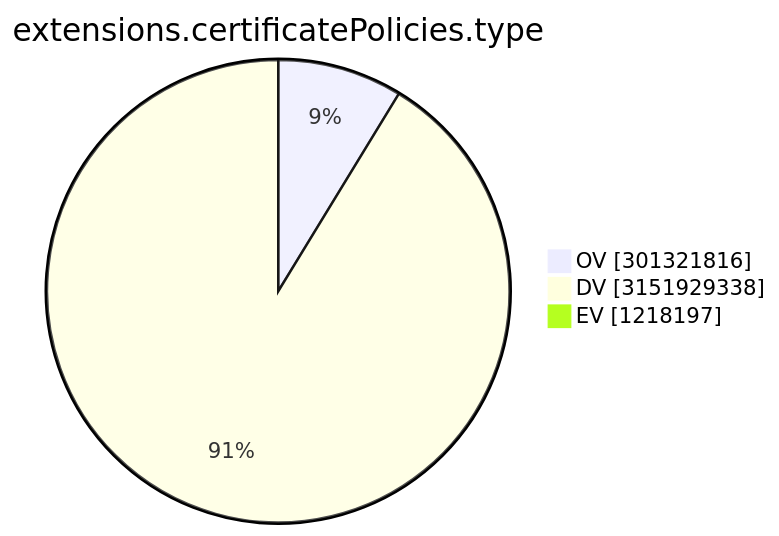
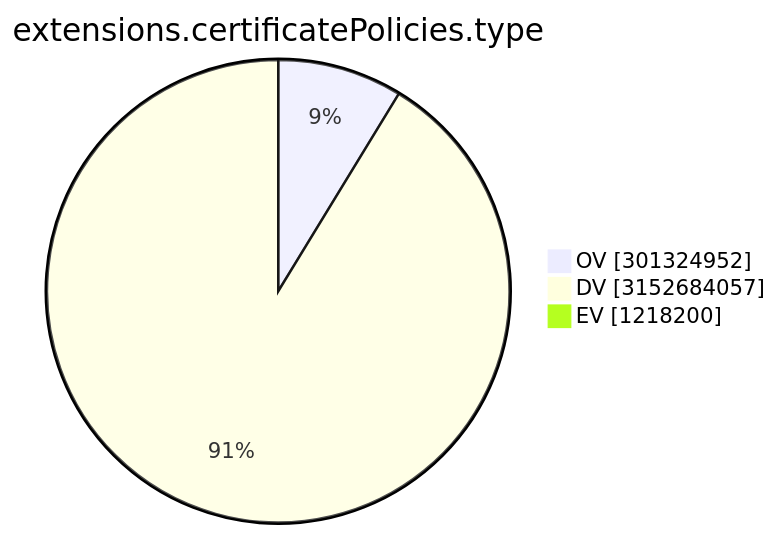
Before and after one commit to christiankrug/ctmonitor_visualization: the ninth of 15 diagrams in TOTAL/README.md, drawn with Mermaid. The commit also changed other lines of this file, not shown here.

````diff
--- a/TOTAL/README.md
+++ b/TOTAL/README.md
@@ -3105,7 +3105,7 @@
 ```mermaid
 pie showData
 title extensions.certificatePolicies.type
-"OV" :301321816
-"DV" :3151929338
-"EV" :1218197
+"OV" :301324952
+"DV" :3152684057
+"EV" :1218200
 ```
````
